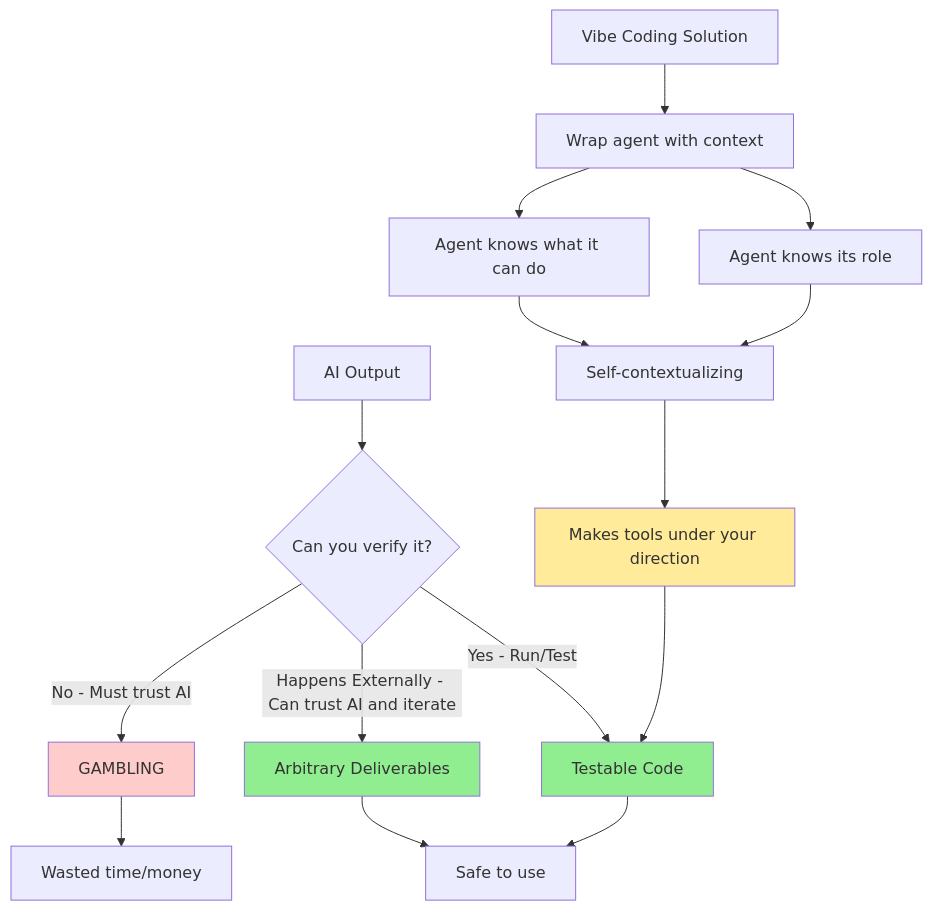
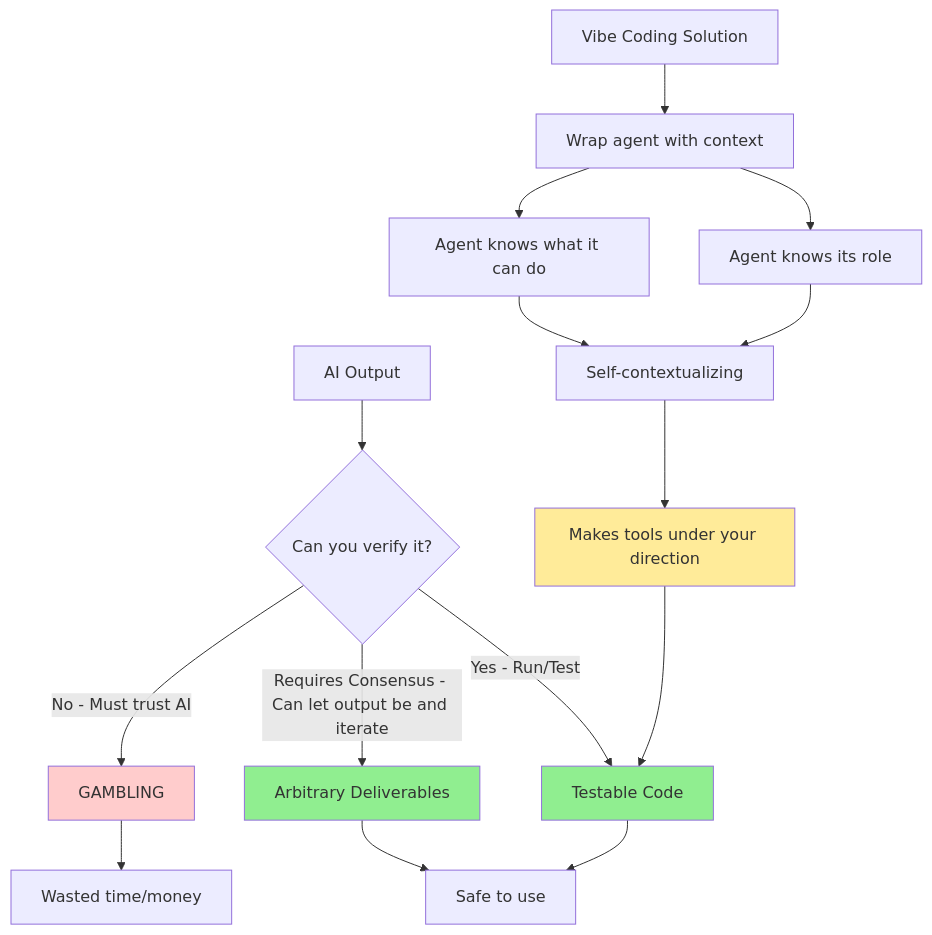
Before and after one commit to sancovp/starship-mcp: the diagram in docs/diagrams/0_BaseSituation.mermaid, drawn with Mermaid.

```diff
--- a/docs/diagrams/0_BaseSituation.mermaid
+++ b/docs/diagrams/0_BaseSituation.mermaid
@@ -1,22 +1,22 @@
 flowchart TD
     A[AI Output] --> B{Can you verify it?}
     B -->|Yes - Run/Test| C[Testable Code]
-    B -->|Happens Externally - Can trust AI and iterate| D[Arbitrary Deliverables]
+    B -->|Requires Consensus - Can let output be and iterate| D[Arbitrary Deliverables]
     B -->|No - Must trust AI| E[GAMBLING]
     
     C --> F[Safe to use]
     D --> F
     E --> G[Wasted time/money]
     
     H[Vibe Coding Solution] --> I[Wrap agent with context]
     I --> J[Agent knows its role]
     I --> K[Agent knows what it can do]
     J --> L[Self-contextualizing]
     K --> L
     L --> M[Makes tools under your direction]
     M --> C
     
     style C fill:#90EE90
     style D fill:#90EE90
     style E fill:#ffcccc
     style M fill:#ffeb99
```
